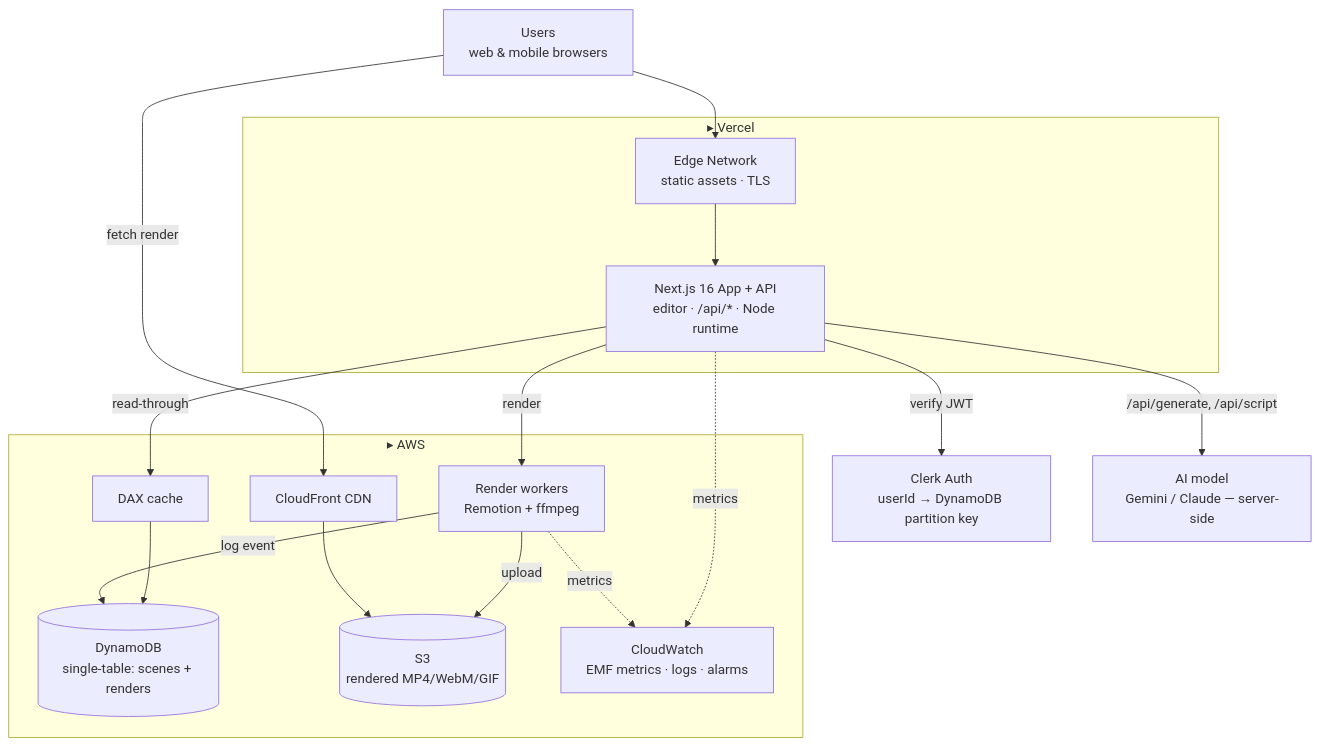
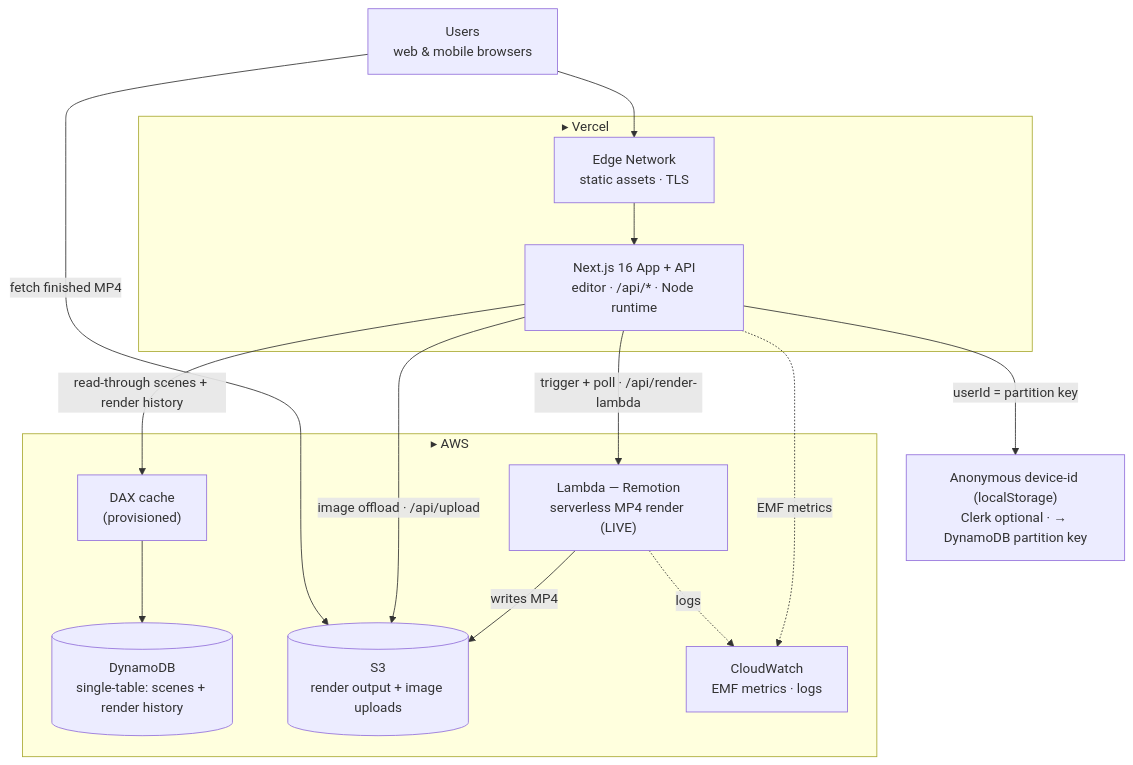
Before and after one commit to trishit726/AQUA-studio: the diagram in README.md, drawn with Mermaid. The commit also changed other lines of this file and 5 other files, not shown here.

First line of the commit message:
docs: serverless Lambda rendering is live; add technical architecture doc

````diff
--- a/README.md
+++ b/README.md
@@ -69,26 +69,23 @@
 ```mermaid
 flowchart TB
   U["Users<br/>web & mobile browsers"]
   subgraph Vercel["▸ Vercel"]
     CDN["Edge Network<br/>static assets · TLS"]
     APP["Next.js 16 App + API<br/>editor · /api/* · Node runtime"]
   end
-  AUTH["Clerk Auth<br/>userId → DynamoDB partition key"]
-  AI["AI model<br/>Gemini / Claude — server-side"]
+  ID["Anonymous device-id (localStorage)<br/>Clerk optional · → DynamoDB partition key"]
   subgraph AWS["▸ AWS"]
-    DAX["DAX cache"] --> DDB[("DynamoDB<br/>single-table: scenes + renders")]
-    S3[("S3<br/>rendered MP4/WebM/GIF")]
-    CF["CloudFront CDN"]
-    RND["Render workers<br/>Remotion + ffmpeg"]
-    CW["CloudWatch<br/>EMF metrics · logs · alarms"]
+    DAX["DAX cache<br/>(provisioned)"] --> DDB[("DynamoDB<br/>single-table: scenes + render history")]
+    LMB["Lambda — Remotion<br/>serverless MP4 render (LIVE)"]
+    S3[("S3<br/>render output + image uploads")]
+    CW["CloudWatch<br/>EMF metrics · logs"]
   end
   U --> CDN --> APP
-  APP -->|verify JWT| AUTH
-  APP -->|read-through| DAX
-  APP -->|/api/generate, /api/script| AI
-  APP -->|render| RND -->|upload| S3
-  RND -->|log event| DDB
-  U -->|fetch render| CF --> S3
-  APP -.metrics.-> CW
-  RND -.metrics.-> CW
+  APP -->|userId = partition key| ID
+  APP -->|read-through scenes + render history| DAX
+  APP -->|"trigger + poll · /api/render-lambda"| LMB -->|writes MP4| S3
+  APP -->|"image offload · /api/upload"| S3
+  U -->|fetch finished MP4| S3
+  APP -.EMF metrics.-> CW
+  LMB -.logs.-> CW
 ```
````
